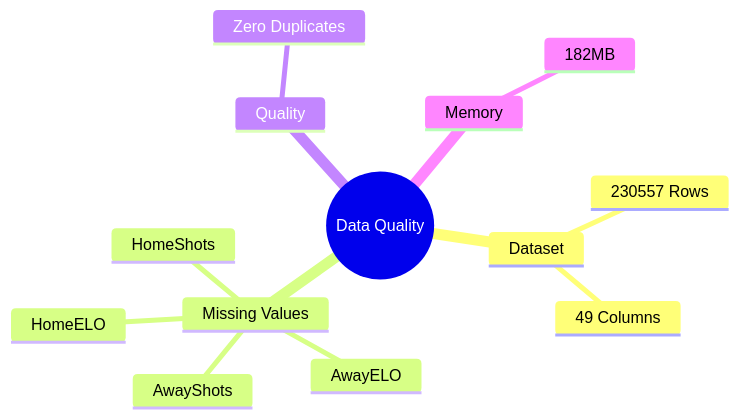
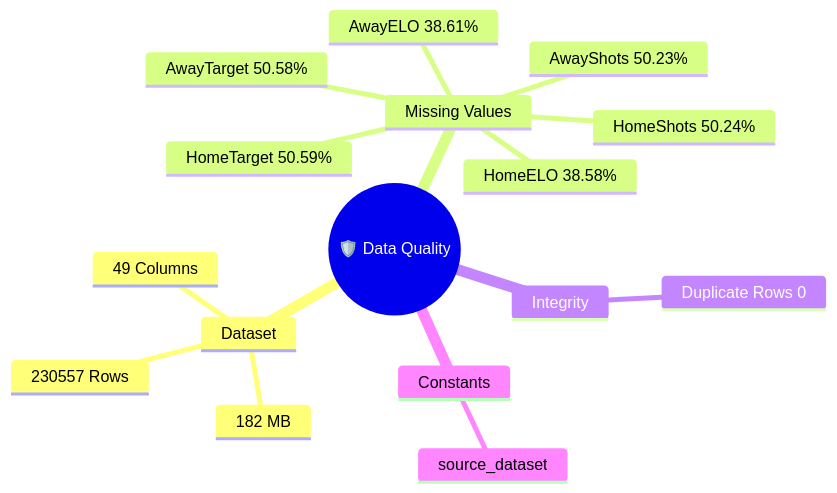
The seventh of 11 diagrams in Match_Prediction_Intelligence.md (sai-ganesh-4539/StatVault), drawn with Mermaid before and after one commit. The commit also changed other lines of this file, not shown here.

````diff
--- a/Match_Prediction_Intelligence.md
+++ b/Match_Prediction_Intelligence.md
@@ -310,20 +296,25 @@
 ```mermaid
 mindmap
-  root((Data Quality))
+  root((🛡️ Data Quality))
 
     Dataset
       230557 Rows
       49 Columns
+      182 MB
 
     Missing Values
-      HomeELO
-      AwayELO
-      HomeShots
-      AwayShots
+      HomeELO 38.58%
+      AwayELO 38.61%
 
-    Quality
-      Zero Duplicates
+      HomeShots 50.24%
+      AwayShots 50.23%
 
-    Memory
-      182MB
+      HomeTarget 50.59%
+      AwayTarget 50.58%
+
+    Integrity
+      Duplicate Rows 0
+
+    Constants
+      source_dataset
 ```
````
